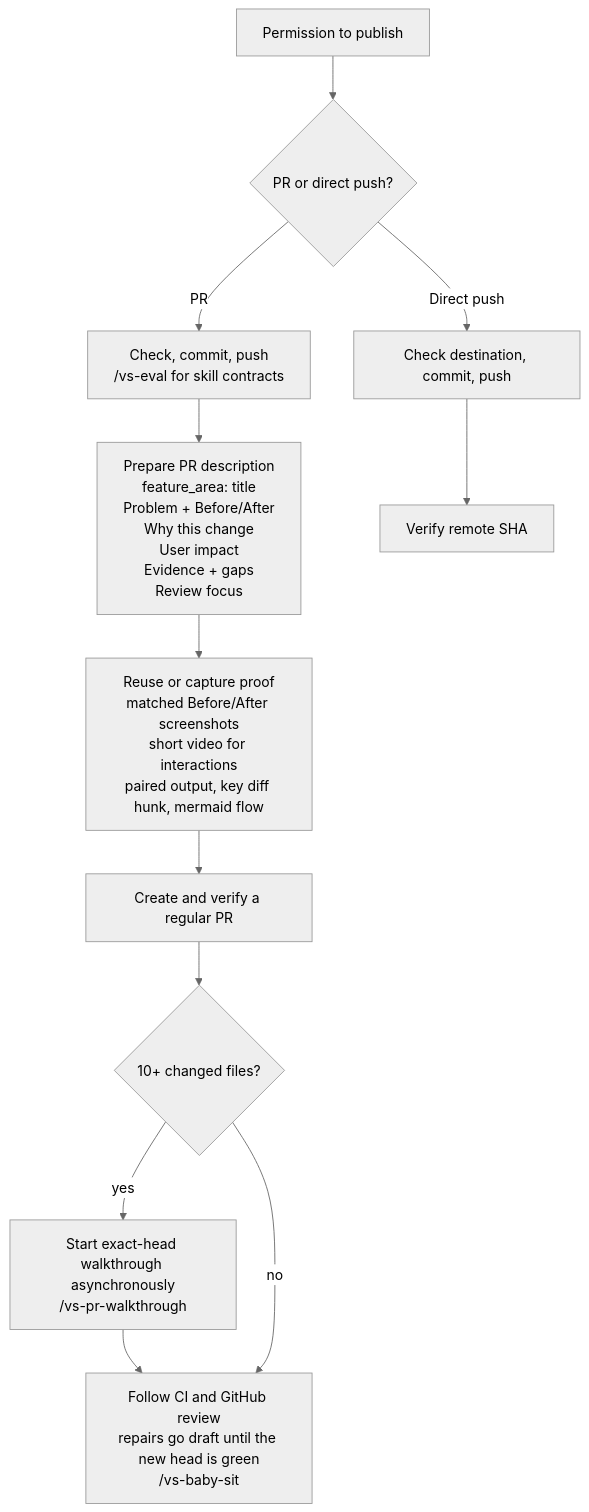
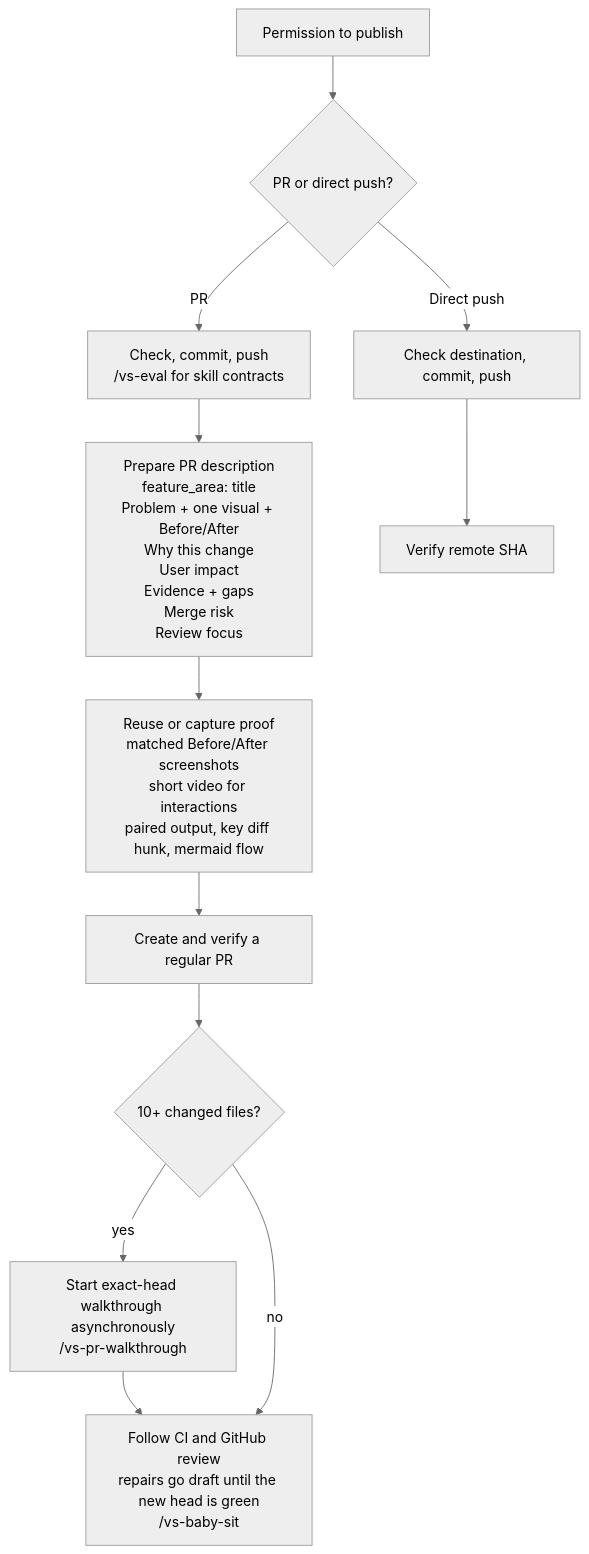
The fourth of 4 diagrams in README.md (vltansky/vs), drawn with Mermaid (neutral theme) before and after one commit. The commit also changed 2 other files, not shown here.

Commit message:
feat(ship-it): require door, blast radius, and one summary visual

````diff
--- a/README.md
+++ b/README.md
@@ -102,11 +102,11 @@
 ```mermaid
 flowchart TD
     I[Permission to publish] --> D{PR or direct push?}
     D -- PR --> C["Check, commit, push<br/>/vs-eval for skill contracts"]
-    C --> B["Prepare PR description<br/>feature_area: title<br/>Problem + Before/After<br/>Why this change<br/>User impact<br/>Evidence + gaps<br/>Review focus"]
+    C --> B["Prepare PR description<br/>feature_area: title<br/>Problem + one visual + Before/After<br/>Why this change<br/>User impact<br/>Evidence + gaps<br/>Merge risk<br/>Review focus"]
     B --> M["Reuse or capture proof<br/>matched Before/After screenshots<br/>short video for interactions<br/>paired output, key diff hunk, mermaid flow"]
     M --> O[Create and verify a regular PR] --> L{10+ changed files?}
     L -- yes --> T["Start exact-head walkthrough asynchronously<br/>/vs-pr-walkthrough"] --> W["Follow CI and GitHub review<br/>repairs go draft until the new head is green<br/>/vs-baby-sit"]
     L -- no --> W
     D -- Direct push --> F[Check destination, commit, push] --> S[Verify remote SHA]
 ```
````
